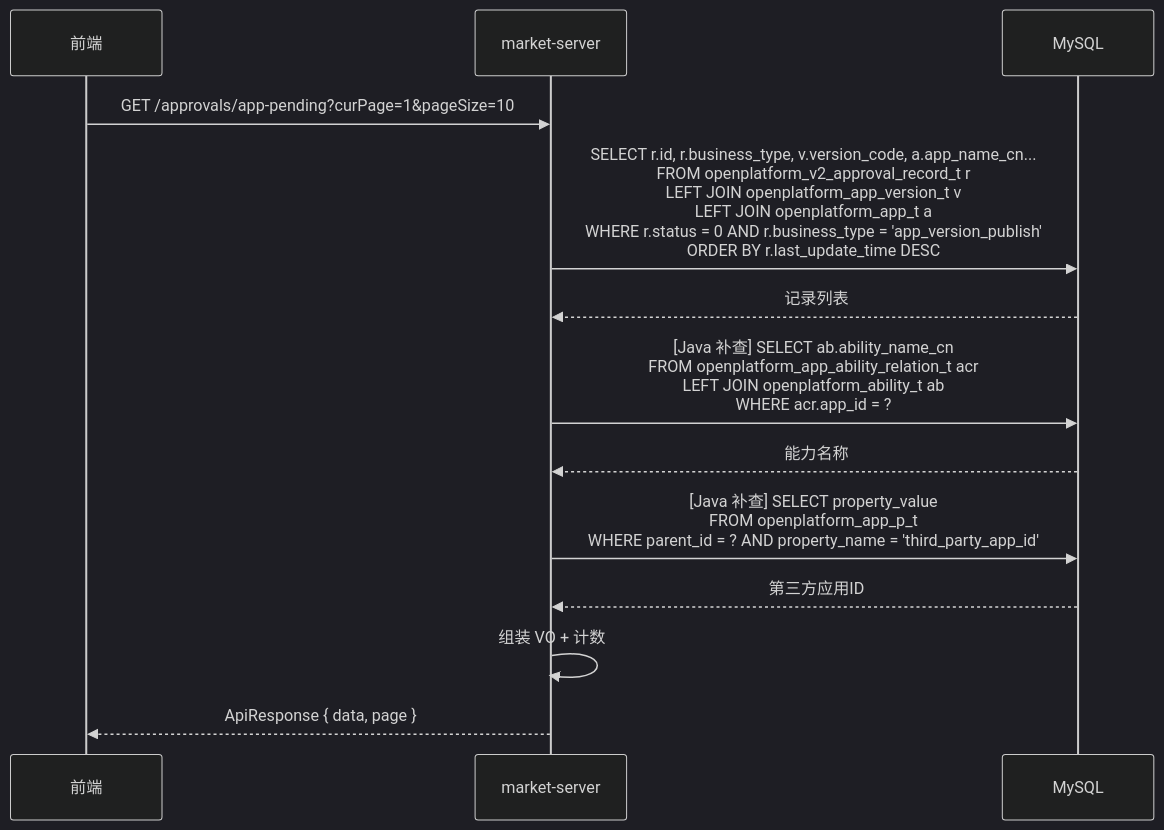
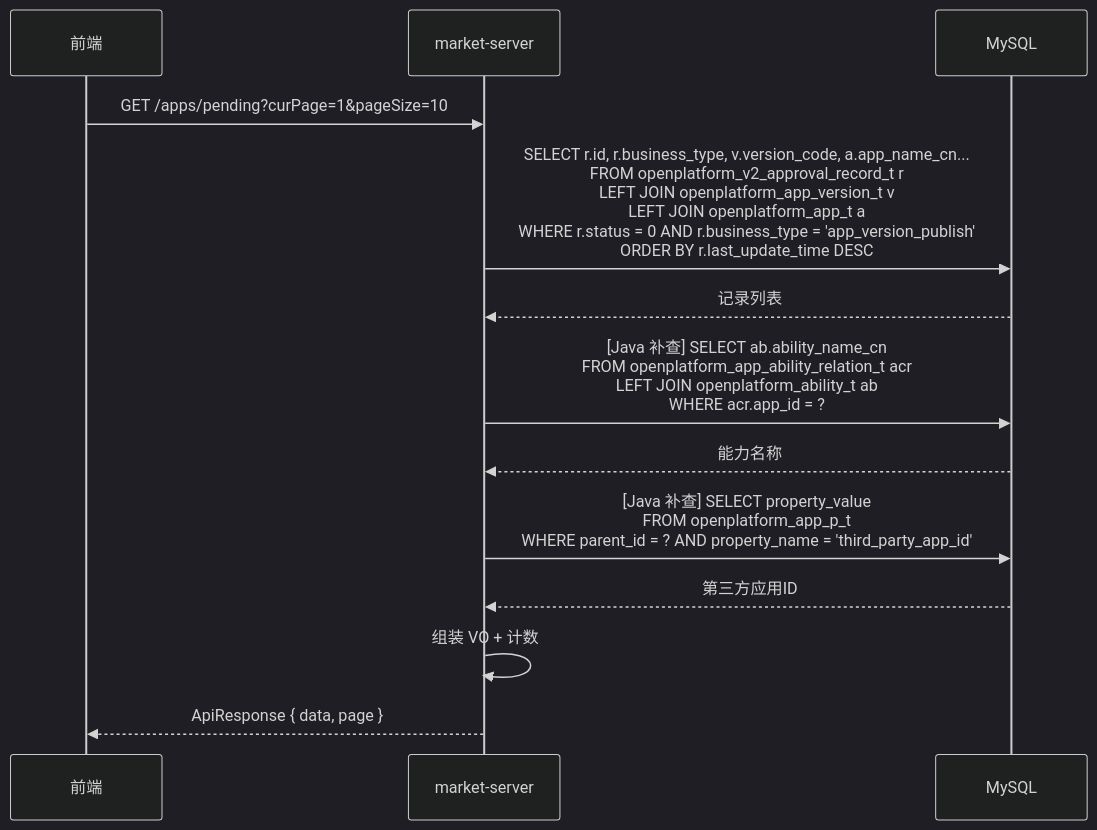
One commit to THZSummer/open-app changed the fourth of 7 diagrams in docs/market-server/approval-management-requirement.md. Above: the diagram before and after it, drawn with Mermaid (dark theme). The commit also changed other lines of this file and 3 other files, not shown here.

First line of the commit message:
refactor(approval): rename API URL prefix /approvals/ -> /apps/

````diff
--- a/docs/market-server/approval-management-requirement.md
+++ b/docs/market-server/approval-management-requirement.md
@@ -364,16 +365,16 @@
 ```mermaid
 sequenceDiagram
     participant FE as 前端
     participant MS as market-server
     participant DB as MySQL
 
-    FE->>MS: GET /approvals/app-pending?curPage=1&pageSize=10
+    FE->>MS: GET /apps/pending?curPage=1&pageSize=10
     MS->>DB: SELECT r.id, r.business_type, v.version_code, a.app_name_cn...<br/>FROM openplatform_v2_approval_record_t r<br/>LEFT JOIN openplatform_app_version_t v<br/>LEFT JOIN openplatform_app_t a<br/>WHERE r.status = 0 AND r.business_type = 'app_version_publish'<br/>ORDER BY r.last_update_time DESC
     DB-->>MS: 记录列表
     MS->>DB: [Java 补查] SELECT ab.ability_name_cn<br/>FROM openplatform_app_ability_relation_t acr<br/>LEFT JOIN openplatform_ability_t ab<br/>WHERE acr.app_id = ?
     DB-->>MS: 能力名称
     MS->>DB: [Java 补查] SELECT property_value<br/>FROM openplatform_app_p_t<br/>WHERE parent_id = ? AND property_name = 'third_party_app_id'
     DB-->>MS: 第三方应用ID
     MS->>MS: 组装 VO + 计数
     MS-->>FE: ApiResponse { data, page }
 ```
````
